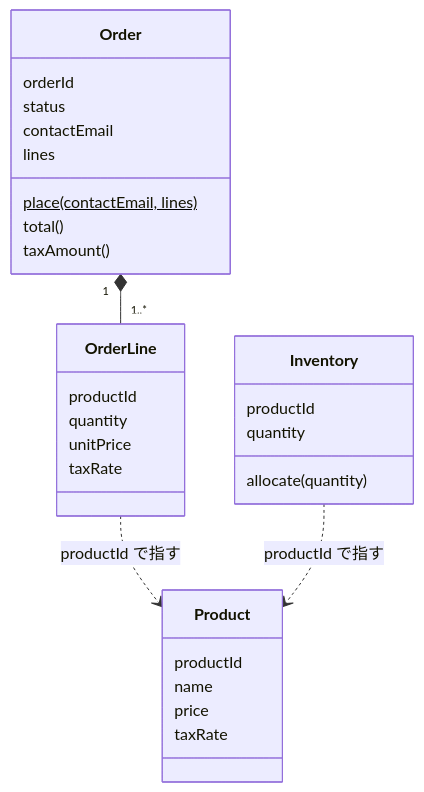
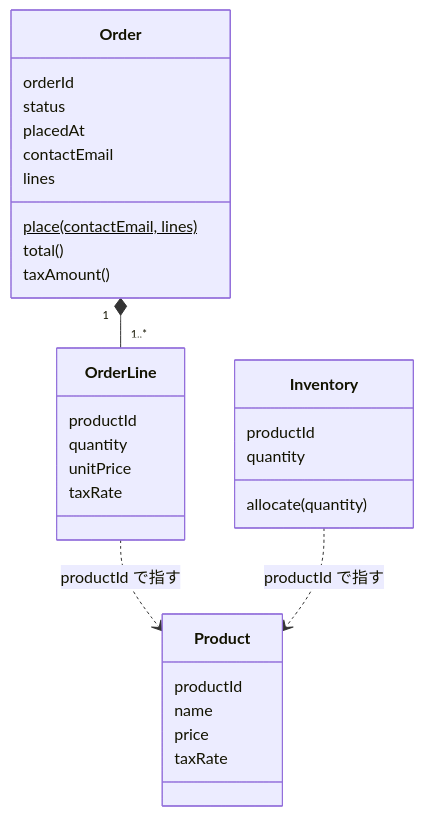
The second of 2 diagrams in docs/model/domain-model.md (rasshii/rest-api-order), drawn with Mermaid before and after one commit. The commit also changed other lines of this file and 9 other files, not shown here.

````diff
--- a/docs/model/domain-model.md
+++ b/docs/model/domain-model.md
@@ -62,32 +62,33 @@
 ```mermaid
 classDiagram
   class Order {
     orderId
     status
+    placedAt
     contactEmail
     lines
     place(contactEmail, lines)$
     total()
     taxAmount()
   }
   class OrderLine {
     productId
     quantity
     unitPrice
     taxRate
   }
   class Product {
     productId
     name
     price
     taxRate
   }
   class Inventory {
     productId
     quantity
     allocate(quantity)
   }
   Order "1" *-- "1..*" OrderLine
   OrderLine ..> Product : productId で指す
   Inventory ..> Product : productId で指す
 ```
````
